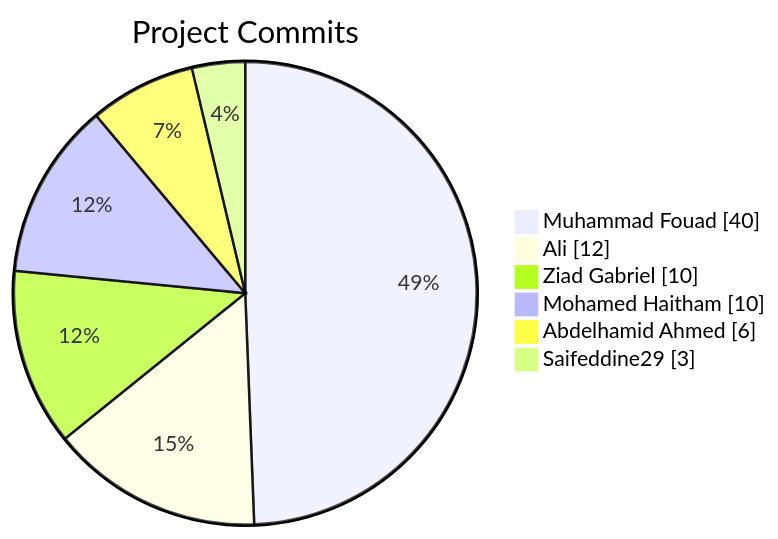
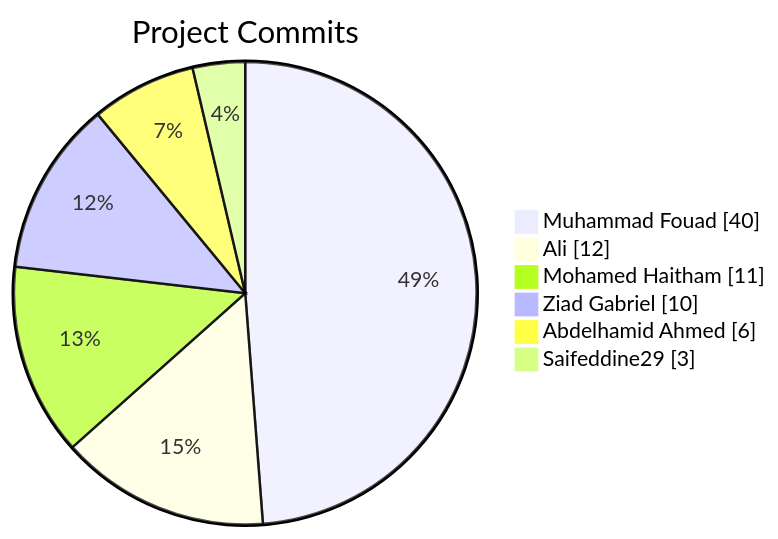
Before and after one commit to Abdelhamid-El-rashidy/Library_System: the diagram in README.md, drawn with Mermaid.

Commit message:
docs: update contributor stats [skip ci]

````diff
--- a/README.md
+++ b/README.md
@@ -6,10 +6,10 @@
 ```mermaid
 pie showData
     title Project Commits
     "Muhammad Fouad" : 40
     "Ali" : 12
+    "Mohamed Haitham" : 11
     "Ziad Gabriel" : 10
-    "Mohamed Haitham" : 10
     "Abdelhamid Ahmed" : 6
     "Saifeddine29" : 3
 ```
````
